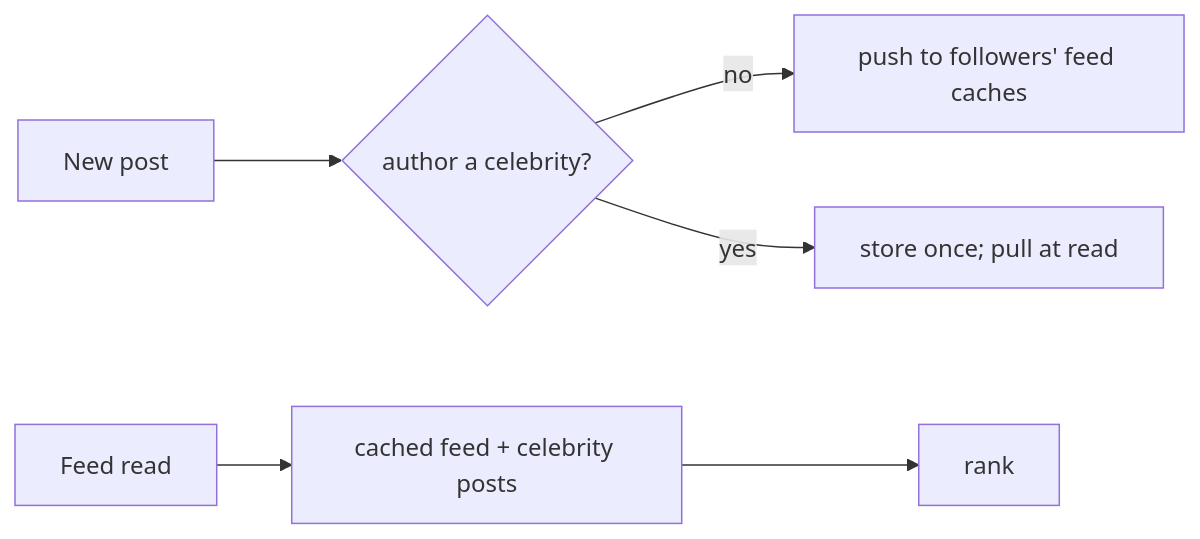
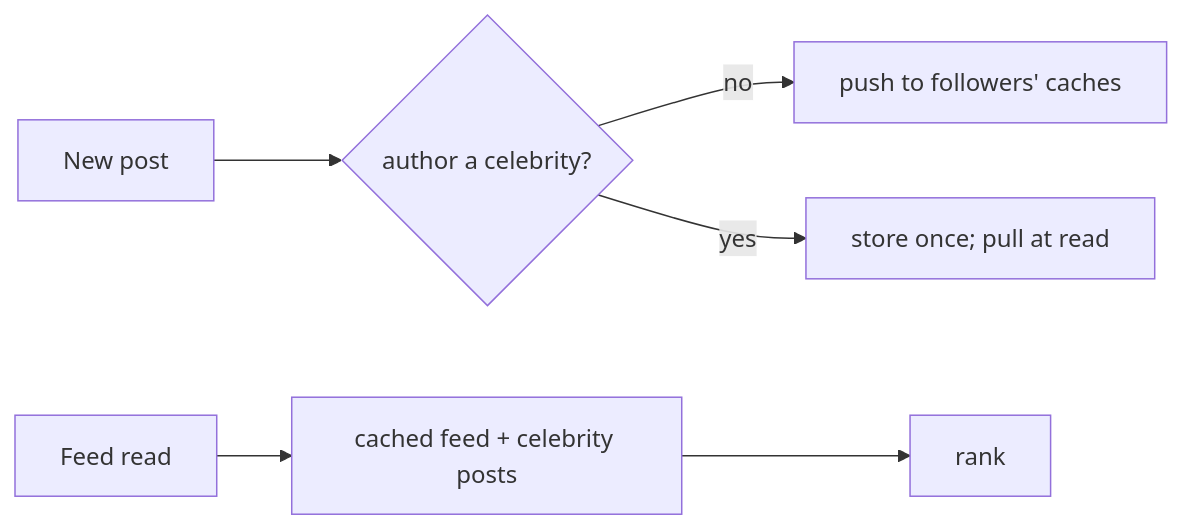
The second of 2 diagrams in system-design/2-case-studies/news-feed.md (hiepgithub2001/swedocs), drawn with Mermaid before and after one commit. The commit also changed other lines of this file and 1 other file, not shown here.

Commit message:
Richer per-problem detail: rate-limiter, news-feed

````diff
--- a/system-design/2-case-studies/news-feed.md
+++ b/system-design/2-case-studies/news-feed.md
@@ -98,7 +127,7 @@
 ```mermaid
 flowchart LR
     Post[New post] --> Q{author a celebrity?}
-    Q -->|no| Push[push to followers' feed caches]
+    Q -->|no| Push[push to followers' caches]
     Q -->|yes| Store[store once; pull at read]
     Read[Feed read] --> Merge[cached feed + celebrity posts] --> Rank[rank]
 ```
````
